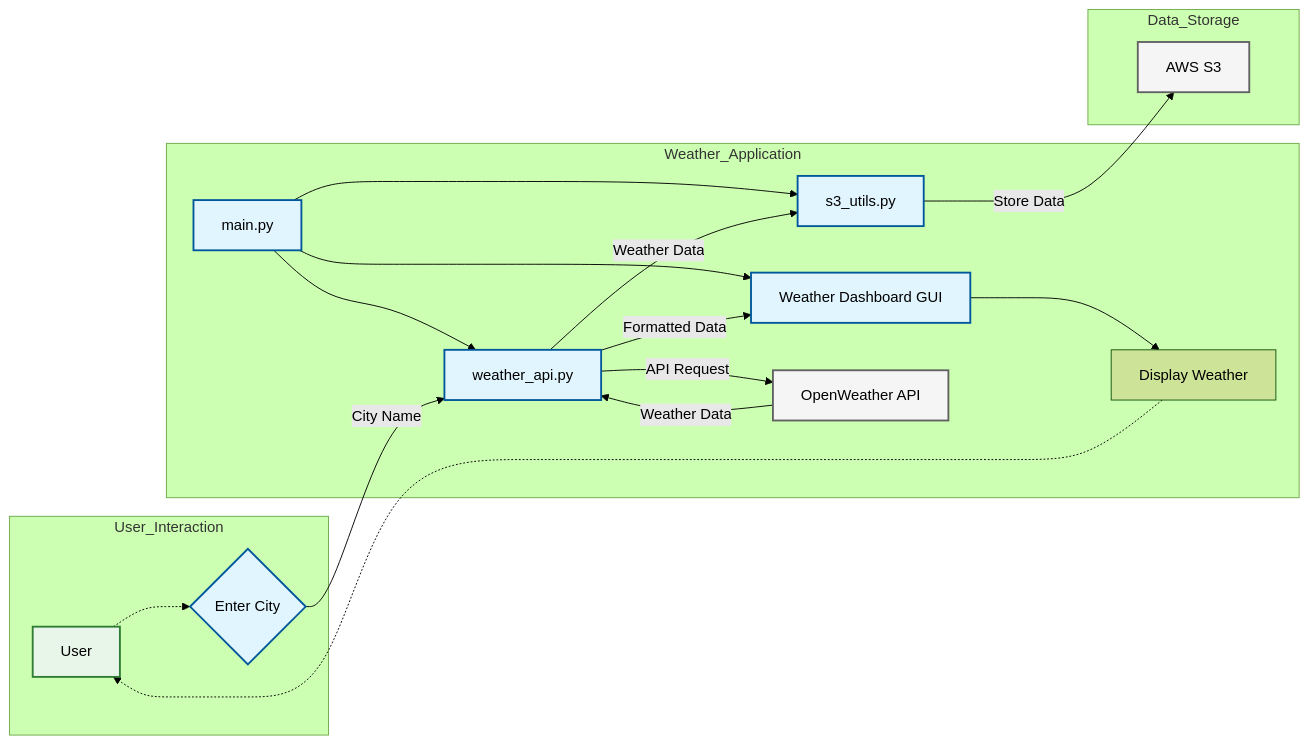
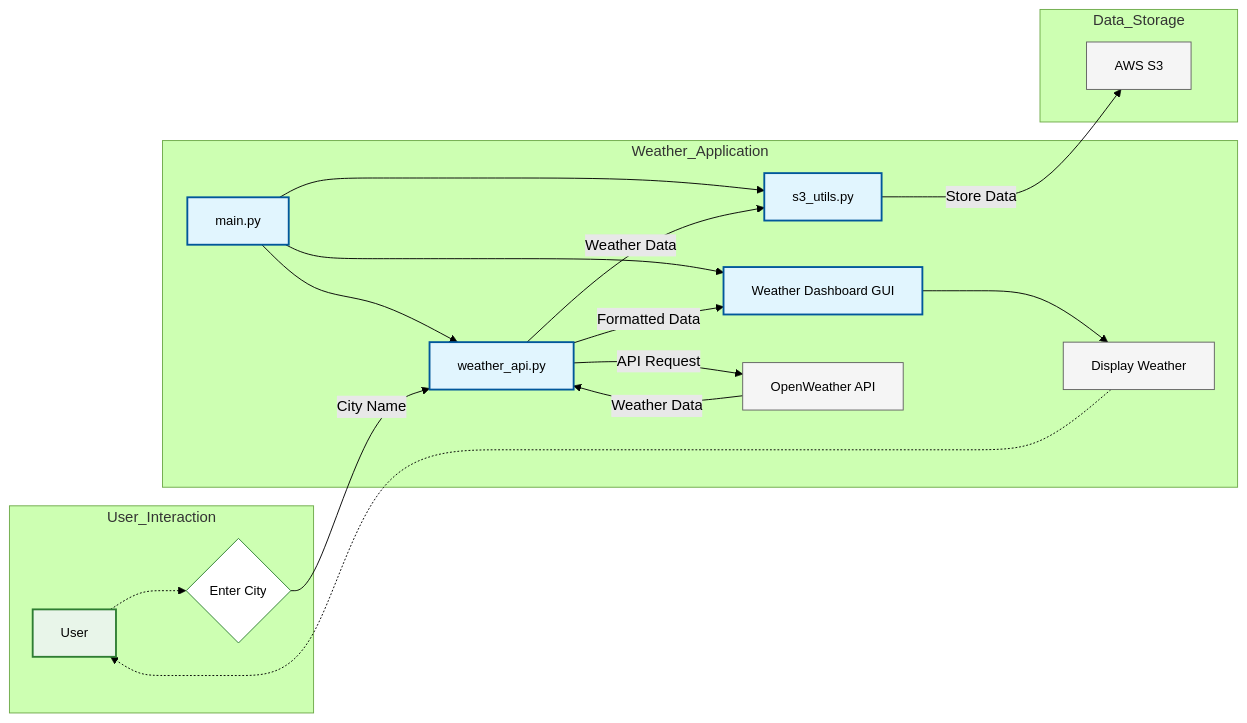
One commit to ChetanThapliyal/devops-challenge-AWS changed the diagram in day1-weather-dashboard/README.md. Above: the diagram before and after it, drawn with Mermaid (forest theme).

Commit message:
fixed styling of mermaid,removed classDef, added simple style

````diff
--- a/day1-weather-dashboard/README.md
+++ b/day1-weather-dashboard/README.md
@@ -42,32 +42,35 @@
 ```mermaid
 graph LR
     subgraph User_Interaction
         A[User] -.-> B{Enter City}
     end
     
     subgraph Weather_Application
         M[main.py] --> C
         M[main.py] --> E
         M[main.py] --> G
         B{Enter City} --"City Name"--> C[weather_api.py]
         C[weather_api.py] --"API Request"--> D[OpenWeather API]
         D[OpenWeather API] --"Weather Data"--> C
         C --"Formatted Data"-->  E[Weather Dashboard GUI]
         E[Weather Dashboard GUI] --> F[Display Weather]
     end
 
     subgraph Data_Storage
         C[weather_api.py] -- "Weather Data" --> G[s3_utils.py]
         G[s3_utils.py] --"Store Data"--> H[AWS S3]
     end
 
     F[Display Weather] -.-> A[User]
 
-    classDef user fill:#e8f5e9,stroke:#2e7d32,stroke-width:2px
-    classDef component fill:#e1f5fe,stroke:#01579b,stroke-width:2px
-    classDef external fill:#f5f5f5,stroke:#616161,stroke-width:2px
-    
-    class A user
-    class B,C,E,G,M component
-    class D,H external
+    %% Inline styling for GitHub compatibility
+    style A fill:#e8f5e9,stroke:#2e7d32,stroke-width:2px,font-size:14px
+    style B fill:#ffffff,stroke:#2e7d32,stroke-width:1px,font-size:14px
+    style C fill:#e1f5fe,stroke:#01579b,stroke-width:2px,font-size:14px
+    style D fill:#f5f5f5,stroke:#616161,stroke-width:1px,font-size:14px
+    style E fill:#e1f5fe,stroke:#01579b,stroke-width:2px,font-size:14px
+    style F fill:#f5f5f5,stroke:#616161,stroke-width:1px,font-size:14px
+    style G fill:#e1f5fe,stroke:#01579b,stroke-width:2px,font-size:14px
+    style H fill:#f5f5f5,stroke:#616161,stroke-width:1px,font-size:14px
+    style M fill:#e1f5fe,stroke:#01579b,stroke-width:2px,font-size:14px
 ```
````
